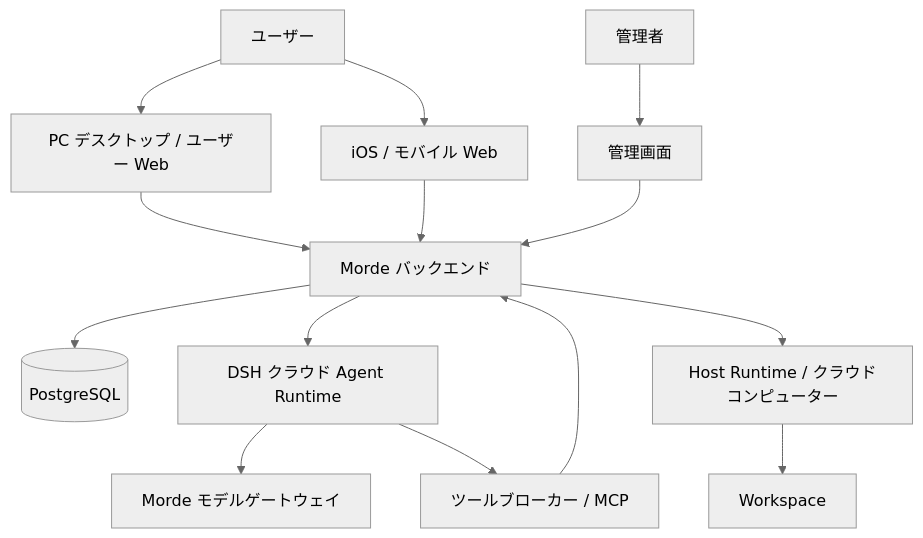
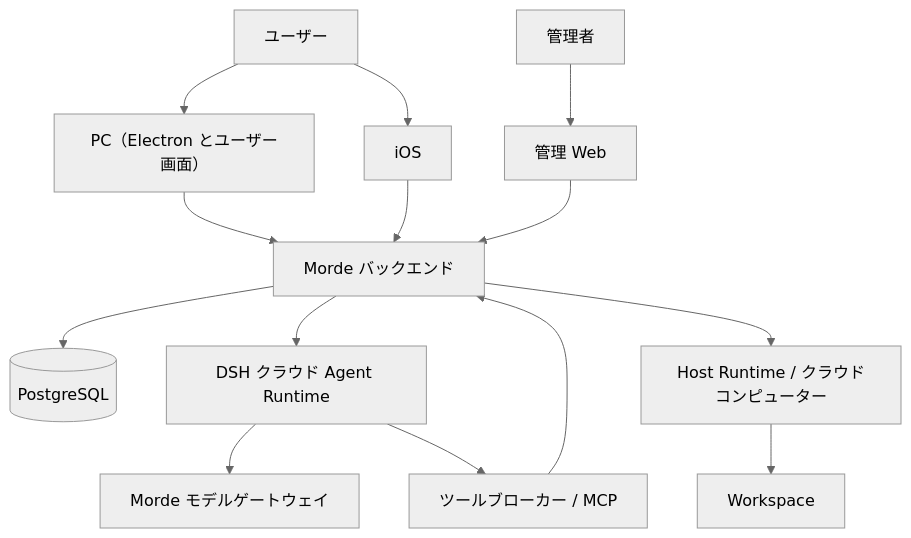
One commit to lizhongxuan/morde changed the diagram in README.ja.md. Above: the diagram before and after it, drawn with Mermaid (neutral theme). The commit also changed other lines of this file and 134 other files, not shown here.

````diff
--- a/README.ja.md
+++ b/README.ja.md
@@ -68,16 +67,16 @@
 ```mermaid
 flowchart TB
-    User[ユーザー] --> PC[PC デスクトップ / ユーザー Web]
-    User --> Mobile[iOS / モバイル Web]
-    Admin[管理者] --> Console[管理画面]
+    User[ユーザー] --> PC[PC（Electron とユーザー画面）]
+    User --> IOS[iOS]
+    Admin[管理者] --> Console[管理 Web]
     PC --> Server[Morde バックエンド]
-    Mobile --> Server
+    IOS --> Server
     Console --> Server
     Server --> DB[(PostgreSQL)]
     Server --> DSH[DSH クラウド Agent Runtime]
     DSH --> Model[Morde モデルゲートウェイ]
     DSH --> Tools[ツールブローカー / MCP]
     Tools --> Server
     Server --> Host[Host Runtime / クラウドコンピューター]
     Host --> Workspace[Workspace]
 ```
````
